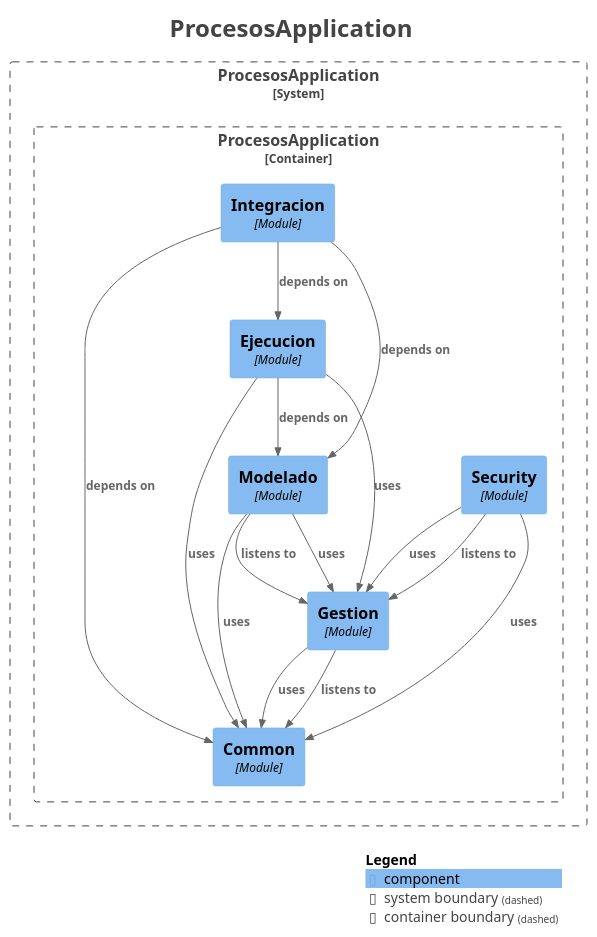
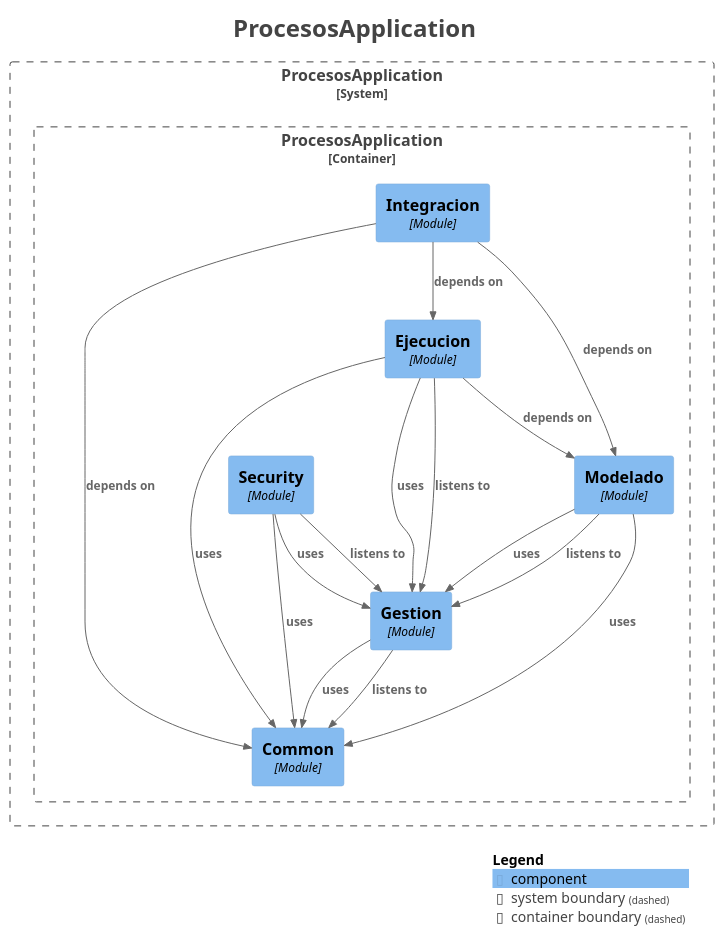
Before and after one commit to AndresContreras1/bpmn-process-manager-api: the diagram in docs/modules/components.puml, drawn with PlantUML. The commit also changed 78 other files, not shown here.

```diff
--- a/docs/modules/components.puml
+++ b/docs/modules/components.puml
@@ -1,47 +1,48 @@
 @startuml
 title <size:24>ProcesosApplication</size>
 
 set separator none
 top to bottom direction
 
 <style>
   root {
     BackgroundColor: #ffffff
     FontColor: #444444
   }
 </style>
 
 !include <C4/C4>
 !include <C4/C4_Context>
 !include <C4/C4_Component>
 
 System_Boundary("ProcesosApplication_boundary", "ProcesosApplication", $tags="") {
   Container_Boundary("ProcesosApplication.ProcesosApplication_boundary", "ProcesosApplication", $tags="") {
     Component(ProcesosApplication.ProcesosApplication.Common, "Common", $techn="Module", $descr="", $tags="", $link="")
     Component(ProcesosApplication.ProcesosApplication.Gestion, "Gestion", $techn="Module", $descr="", $tags="", $link="")
     Component(ProcesosApplication.ProcesosApplication.Modelado, "Modelado", $techn="Module", $descr="", $tags="", $link="")
     Component(ProcesosApplication.ProcesosApplication.Security, "Security", $techn="Module", $descr="", $tags="", $link="")
     Component(ProcesosApplication.ProcesosApplication.Ejecucion, "Ejecucion", $techn="Module", $descr="", $tags="", $link="")
     Component(ProcesosApplication.ProcesosApplication.Integracion, "Integracion", $techn="Module", $descr="", $tags="", $link="")
   }
 
 }
 
+Rel(ProcesosApplication.ProcesosApplication.Modelado, ProcesosApplication.ProcesosApplication.Gestion, "uses", $techn="", $tags="", $link="")
+Rel(ProcesosApplication.ProcesosApplication.Modelado, ProcesosApplication.ProcesosApplication.Common, "uses", $techn="", $tags="", $link="")
+Rel(ProcesosApplication.ProcesosApplication.Gestion, ProcesosApplication.ProcesosApplication.Common, "listens to", $techn="", $tags="", $link="")
 Rel(ProcesosApplication.ProcesosApplication.Gestion, ProcesosApplication.ProcesosApplication.Common, "uses", $techn="", $tags="", $link="")
+Rel(ProcesosApplication.ProcesosApplication.Security, ProcesosApplication.ProcesosApplication.Gestion, "listens to", $techn="", $tags="", $link="")
+Rel(ProcesosApplication.ProcesosApplication.Security, ProcesosApplication.ProcesosApplication.Gestion, "uses", $techn="", $tags="", $link="")
+Rel(ProcesosApplication.ProcesosApplication.Security, ProcesosApplication.ProcesosApplication.Common, "uses", $techn="", $tags="", $link="")
 Rel(ProcesosApplication.ProcesosApplication.Integracion, ProcesosApplication.ProcesosApplication.Ejecucion, "depends on", $techn="", $tags="", $link="")
 Rel(ProcesosApplication.ProcesosApplication.Integracion, ProcesosApplication.ProcesosApplication.Modelado, "depends on", $techn="", $tags="", $link="")
 Rel(ProcesosApplication.ProcesosApplication.Integracion, ProcesosApplication.ProcesosApplication.Common, "depends on", $techn="", $tags="", $link="")
-Rel(ProcesosApplication.ProcesosApplication.Modelado, ProcesosApplication.ProcesosApplication.Gestion, "listens to", $techn="", $tags="", $link="")
-Rel(ProcesosApplication.ProcesosApplication.Modelado, ProcesosApplication.ProcesosApplication.Gestion, "uses", $techn="", $tags="", $link="")
-Rel(ProcesosApplication.ProcesosApplication.Modelado, ProcesosApplication.ProcesosApplication.Common, "uses", $techn="", $tags="", $link="")
+Rel(ProcesosApplication.ProcesosApplication.Ejecucion, ProcesosApplication.ProcesosApplication.Gestion, "listens to", $techn="", $tags="", $link="")
 Rel(ProcesosApplication.ProcesosApplication.Ejecucion, ProcesosApplication.ProcesosApplication.Modelado, "depends on", $techn="", $tags="", $link="")
 Rel(ProcesosApplication.ProcesosApplication.Ejecucion, ProcesosApplication.ProcesosApplication.Common, "uses", $techn="", $tags="", $link="")
 Rel(ProcesosApplication.ProcesosApplication.Ejecucion, ProcesosApplication.ProcesosApplication.Gestion, "uses", $techn="", $tags="", $link="")
-Rel(ProcesosApplication.ProcesosApplication.Security, ProcesosApplication.ProcesosApplication.Gestion, "listens to", $techn="", $tags="", $link="")
-Rel(ProcesosApplication.ProcesosApplication.Security, ProcesosApplication.ProcesosApplication.Gestion, "uses", $techn="", $tags="", $link="")
-Rel(ProcesosApplication.ProcesosApplication.Security, ProcesosApplication.ProcesosApplication.Common, "uses", $techn="", $tags="", $link="")
-Rel(ProcesosApplication.ProcesosApplication.Gestion, ProcesosApplication.ProcesosApplication.Common, "listens to", $techn="", $tags="", $link="")
+Rel(ProcesosApplication.ProcesosApplication.Modelado, ProcesosApplication.ProcesosApplication.Gestion, "listens to", $techn="", $tags="", $link="")
 
 SHOW_LEGEND(true)
 hide stereotypes
 @enduml
```
